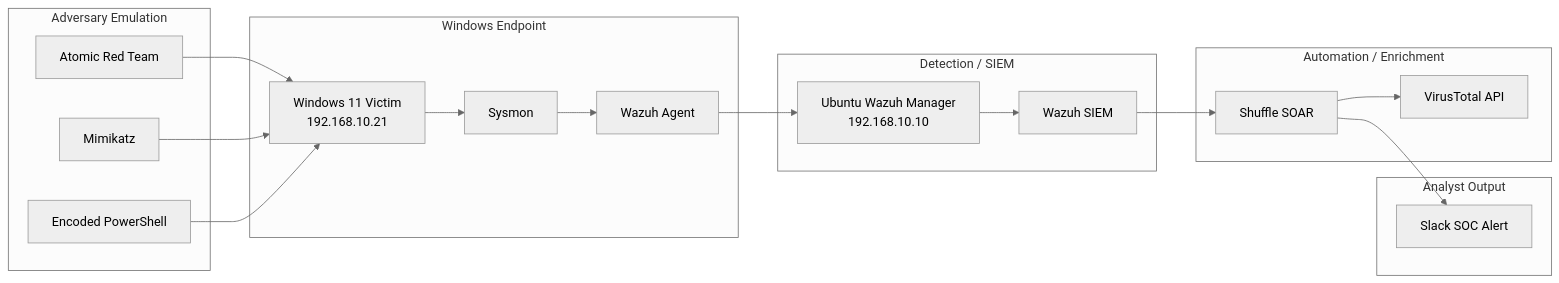
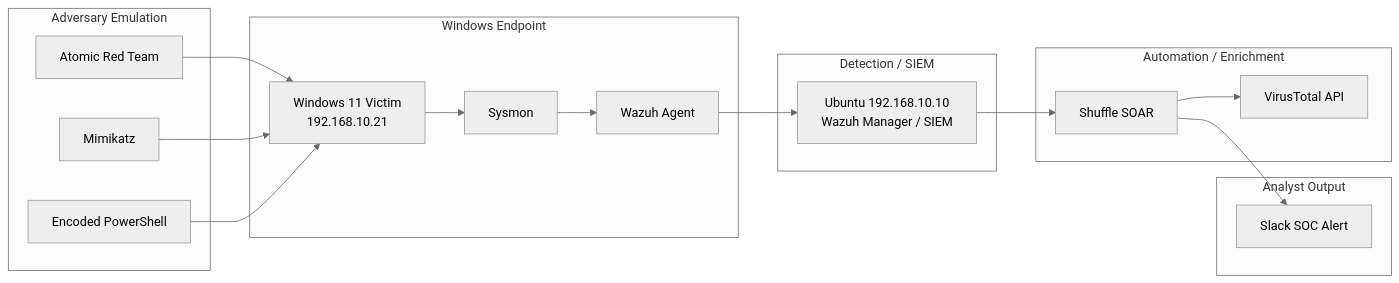
The diagram in README.md (Seanfrvr/Detection-Engineering-and-Response-HL), drawn with Mermaid (neutral theme) before and after one commit.

Commit message:
Clarify Wazuh architecture node

````diff
--- a/README.md
+++ b/README.md
@@ -17,42 +17,40 @@
 ```mermaid
 flowchart LR
 
 subgraph ADV["Adversary Emulation"]
     A1[Atomic Red Team]
     A2[Mimikatz]
     A3[Encoded PowerShell]
 end
 
 subgraph ENDPOINT["Windows Endpoint"]
     B1[Windows 11 Victim<br/>192.168.10.21]
     B2[Sysmon]
     B3[Wazuh Agent]
 end
 
 subgraph SIEM["Detection / SIEM"]
-    C1[Ubuntu Wazuh Manager<br/>192.168.10.10]
-    C2[Wazuh SIEM]
+    C1[Ubuntu 192.168.10.10<br/>Wazuh Manager / SIEM]
 end
 
 subgraph SOAR["Automation / Enrichment"]
     D1[Shuffle SOAR]
     D2[VirusTotal API]
 end
 
 subgraph OUTPUT["Analyst Output"]
     E1[Slack SOC Alert]
 end
 
 A1 --> B1
 A2 --> B1
 A3 --> B1
 
 B1 --> B2
 B2 --> B3
 B3 --> C1
-C1 --> C2
-C2 --> D1
+C1 --> D1
 
 D1 --> D2
 D1 --> E1
 ```
````
